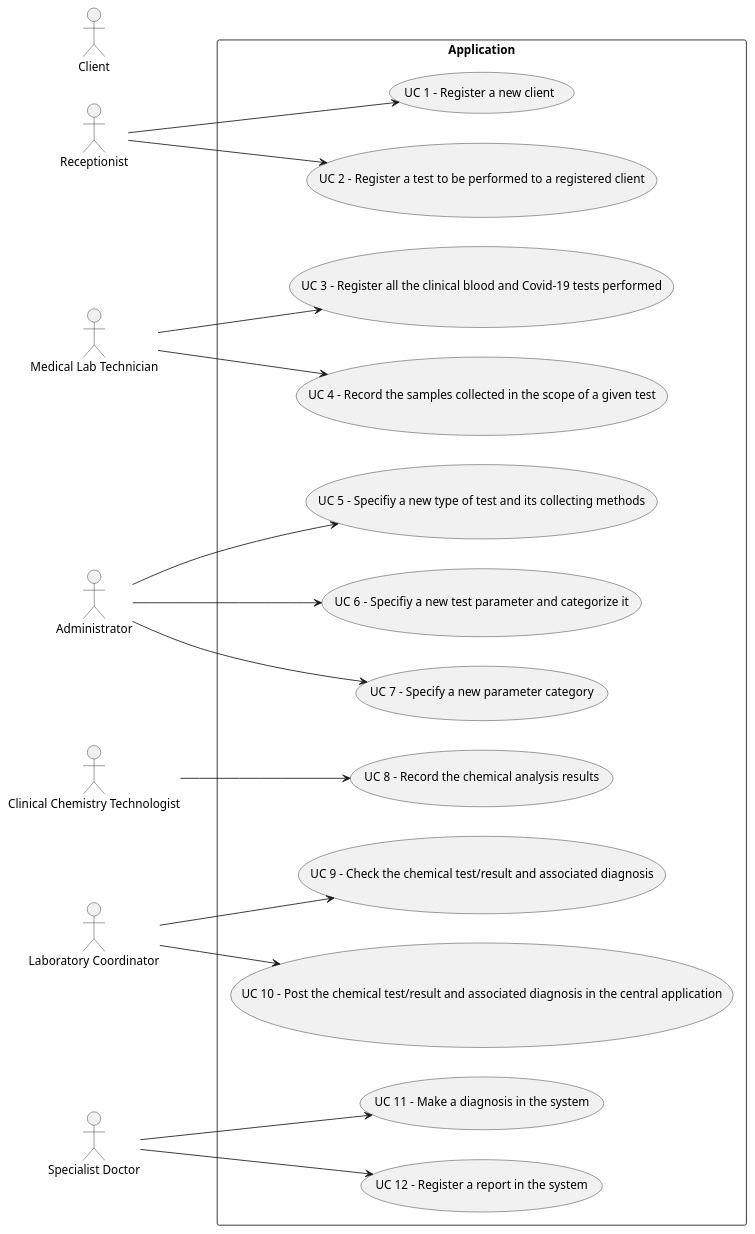
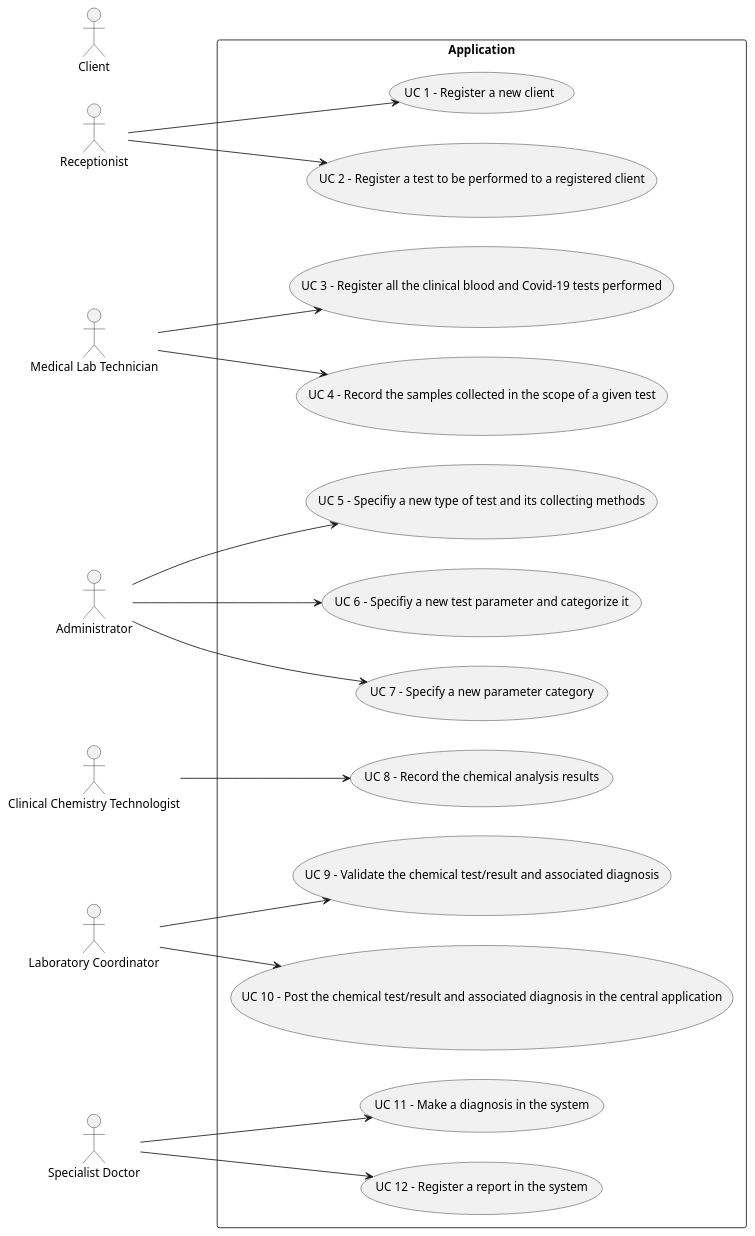
Before and after one commit to ana-albergaria/LAPR2-ISEP: the diagram in docs/SprintA/Use Case Diagram.puml, drawn with PlantUML. The commit also changed 1 other file, not shown here.

```diff
--- a/docs/SprintA/Use Case Diagram.puml
+++ b/docs/SprintA/Use Case Diagram.puml
@@ -1,32 +1,32 @@
 @startuml
 
 left to right direction
 skinparam packageStyle rectangle
 actor Receptionist
 actor "Medical Lab Technician" as MLT
 actor Administrator
 actor "Clinical Chemistry Technologist" as CCT
 actor "Laboratory Coordinator" as LC
 actor "Specialist Doctor" as SD
 actor Client
 
 
 
 rectangle Application {
 Receptionist --> (UC 1 - Register a new client)
 Receptionist --> (UC 2 - Register a test to be performed to a registered client)
 MLT --> (UC 3 - Register all the clinical blood and Covid-19 tests performed)
 MLT --> (UC 4 - Record the samples collected in the scope of a given test)
 CCT --> (UC 8 - Record the chemical analysis results)
 Administrator --> (UC 5 - Specifiy a new type of test and its collecting methods)
 Administrator --> (UC 6 - Specifiy a new test parameter and categorize it)
 Administrator --> (UC 7 - Specify a new parameter category)
 SD --> (UC 11 - Make a diagnosis in the system)
 SD --> (UC 12 - Register a report in the system)
-LC --> (UC 9 - Check the chemical test/result and associated diagnosis)
+LC --> (UC 9 - Validate the chemical test/result and associated diagnosis)
 LC --> (UC 10 - Post the chemical test/result and associated diagnosis in the central application)
 
 }
 
 
 @enduml
```
